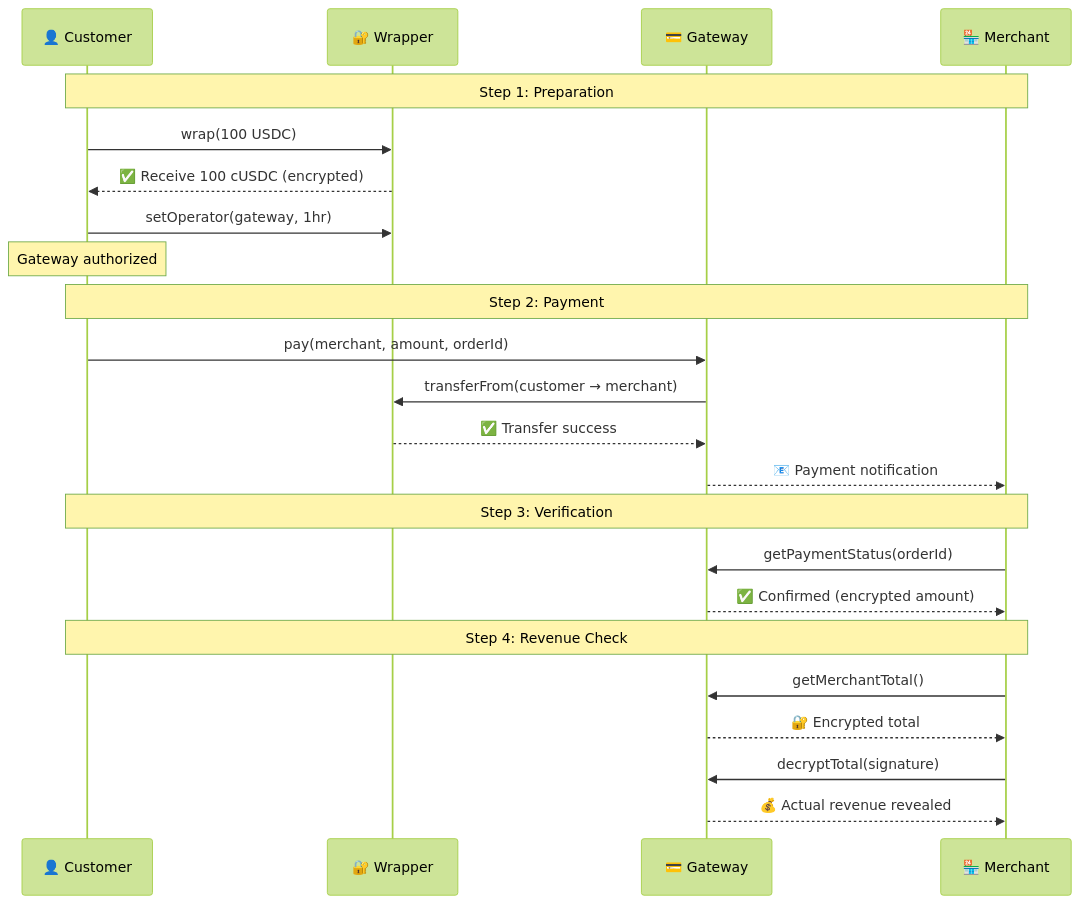
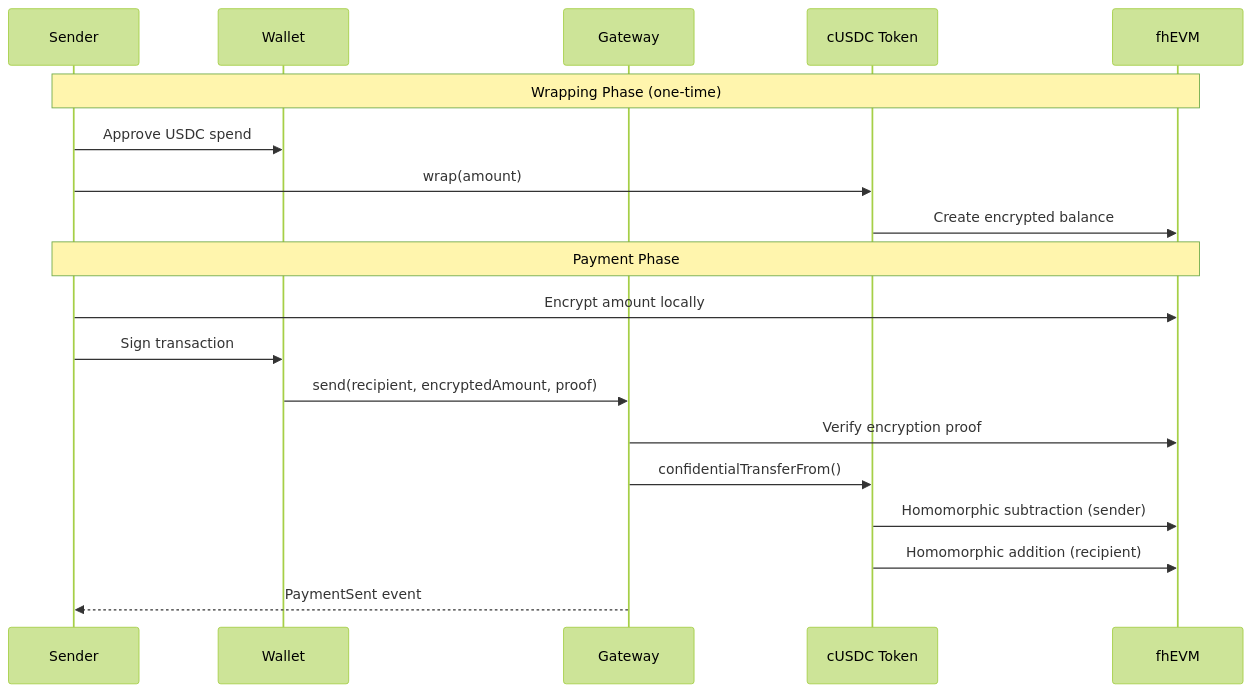
Before and after one commit to ramakrishnanhulk20/Aruvi: the second of 4 diagrams in README.md, drawn with Mermaid (forest theme). The commit also changed other lines of this file and 287 other files, not shown here.

Commit message:
Aruvi v1.0 - Privacy payment protocol on fhEVM

````diff
--- a/README.md
+++ b/README.md
@@ -148,29 +104,23 @@
 ```mermaid
 sequenceDiagram
-    participant C as 👤 Customer
-    participant W as 🔐 Wrapper
-    participant G as 💳 Gateway
-    participant M as 🏪 Merchant
+    participant S as Sender
+    participant W as Wallet
+    participant G as Gateway
+    participant T as cUSDC Token
+    participant F as fhEVM
     
-    Note over C,M: Step 1: Preparation
-    C->>W: wrap(100 USDC)
-    W-->>C: ✅ Receive 100 cUSDC (encrypted)
-    C->>W: setOperator(gateway, 1hr)
-    Note over C: Gateway authorized
+    Note over S,F: Wrapping Phase (one-time)
+    S->>W: Approve USDC spend
+    S->>T: wrap(amount)
+    T->>F: Create encrypted balance
     
-    Note over C,M: Step 2: Payment
-    C->>G: pay(merchant, amount, orderId)
-    G->>W: transferFrom(customer → merchant)
-    W-->>G: ✅ Transfer success
-    G-->>M: 📧 Payment notification
-    
-    Note over C,M: Step 3: Verification
-    M->>G: getPaymentStatus(orderId)
-    G-->>M: ✅ Confirmed (encrypted amount)
-    
-    Note over C,M: Step 4: Revenue Check
-    M->>G: getMerchantTotal()
-    G-->>M: 🔐 Encrypted total
-    M->>G: decryptTotal(signature)
-    G-->>M: 💰 Actual revenue revealed
+    Note over S,F: Payment Phase
+    S->>F: Encrypt amount locally
+    S->>W: Sign transaction
+    W->>G: send(recipient, encryptedAmount, proof)
+    G->>F: Verify encryption proof
+    G->>T: confidentialTransferFrom()
+    T->>F: Homomorphic subtraction (sender)
+    T->>F: Homomorphic addition (recipient)
+    G-->>S: PaymentSent event
 ```
````
